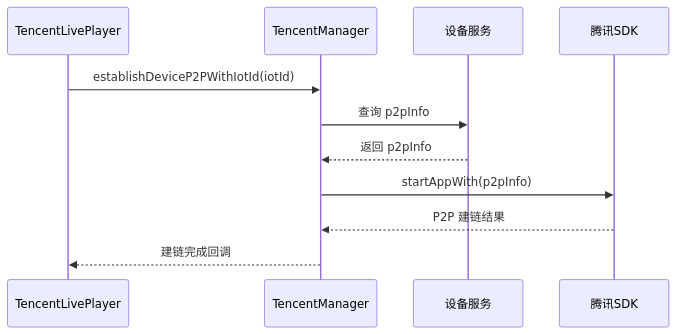
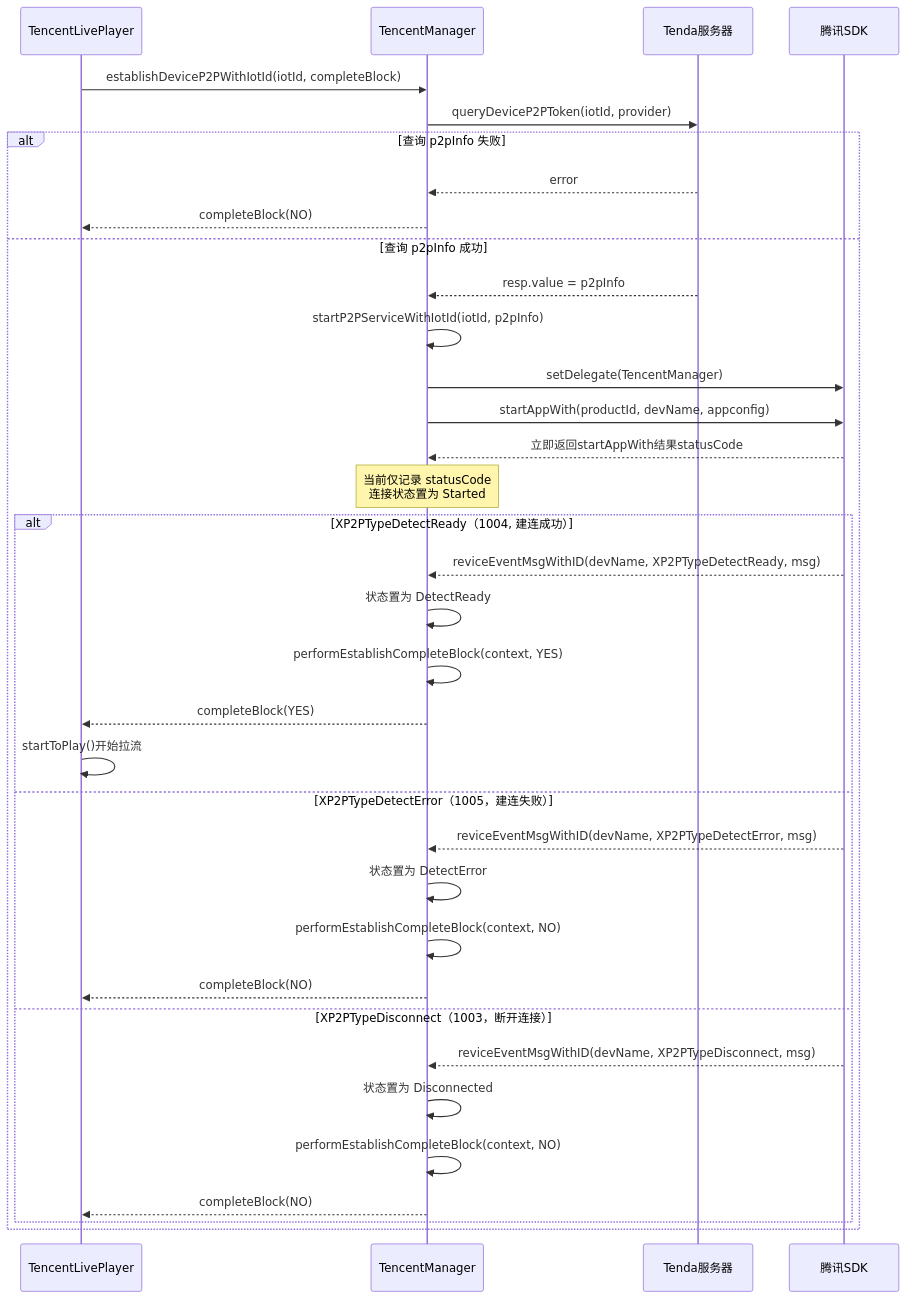
Before and after one commit to zhoujiedetian/Blogs: the fourth of 9 diagrams in Tenda-安防/Blog/安防腾讯设备直播流程解析.md, drawn with Mermaid. The commit also changed other lines of this file, not shown here.

````diff
--- a/Tenda-安防/Blog/安防腾讯设备直播流程解析.md
+++ b/Tenda-安防/Blog/安防腾讯设备直播流程解析.md
@@ -174,14 +233,40 @@
 ```mermaid
 sequenceDiagram
     participant Player as TencentLivePlayer
     participant Manager as TencentManager
-    participant Device as 设备服务
+    participant Server as Tenda服务器
     participant SDK as 腾讯SDK
 
-    Player->>Manager: establishDeviceP2PWithIotId(iotId)
-    Manager->>Device: 查询 p2pInfo
-    Device-->>Manager: 返回 p2pInfo
-    Manager->>SDK: startAppWith(p2pInfo)
-    SDK-->>Manager: P2P 建链结果
-    Manager-->>Player: 建链完成回调
+    Player->>Manager: establishDeviceP2PWithIotId(iotId, completeBlock)
+    Manager->>Server: queryDeviceP2PToken(iotId, provider)
+    
+    alt 查询 p2pInfo 失败
+        Server-->>Manager: error
+        Manager-->>Player: completeBlock(NO)
+    else 查询 p2pInfo 成功
+        Server-->>Manager: resp.value = p2pInfo
+        Manager->>Manager: startP2PServiceWithIotId(iotId, p2pInfo)
+        Manager->>SDK: setDelegate(TencentManager)
+        Manager->>SDK: startAppWith(productId, devName, appconfig)
+        SDK-->>Manager: 立即返回startAppWith结果statusCode
+        Note over Manager: 当前仅记录 statusCode<br/>连接状态置为 Started
+
+        alt XP2PTypeDetectReady（1004, 建连成功）
+            SDK-->>Manager: reviceEventMsgWithID(devName, XP2PTypeDetectReady, msg)
+            Manager->>Manager: 状态置为 DetectReady
+            Manager->>Manager: performEstablishCompleteBlock(context, YES)
+            Manager-->>Player: completeBlock(YES)
+            Player->>Player: startToPlay()开始拉流
+        else XP2PTypeDetectError（1005，建连失败）
+            SDK-->>Manager: reviceEventMsgWithID(devName, XP2PTypeDetectError, msg)
+            Manager->>Manager: 状态置为 DetectError
+            Manager->>Manager: performEstablishCompleteBlock(context, NO)
+            Manager-->>Player: completeBlock(NO)
+        else XP2PTypeDisconnect（1003，断开连接）
+            SDK-->>Manager: reviceEventMsgWithID(devName, XP2PTypeDisconnect, msg)
+            Manager->>Manager: 状态置为 Disconnected
+            Manager->>Manager: performEstablishCompleteBlock(context, NO)
+            Manager-->>Player: completeBlock(NO)
+        end
+    end
 ```
````
